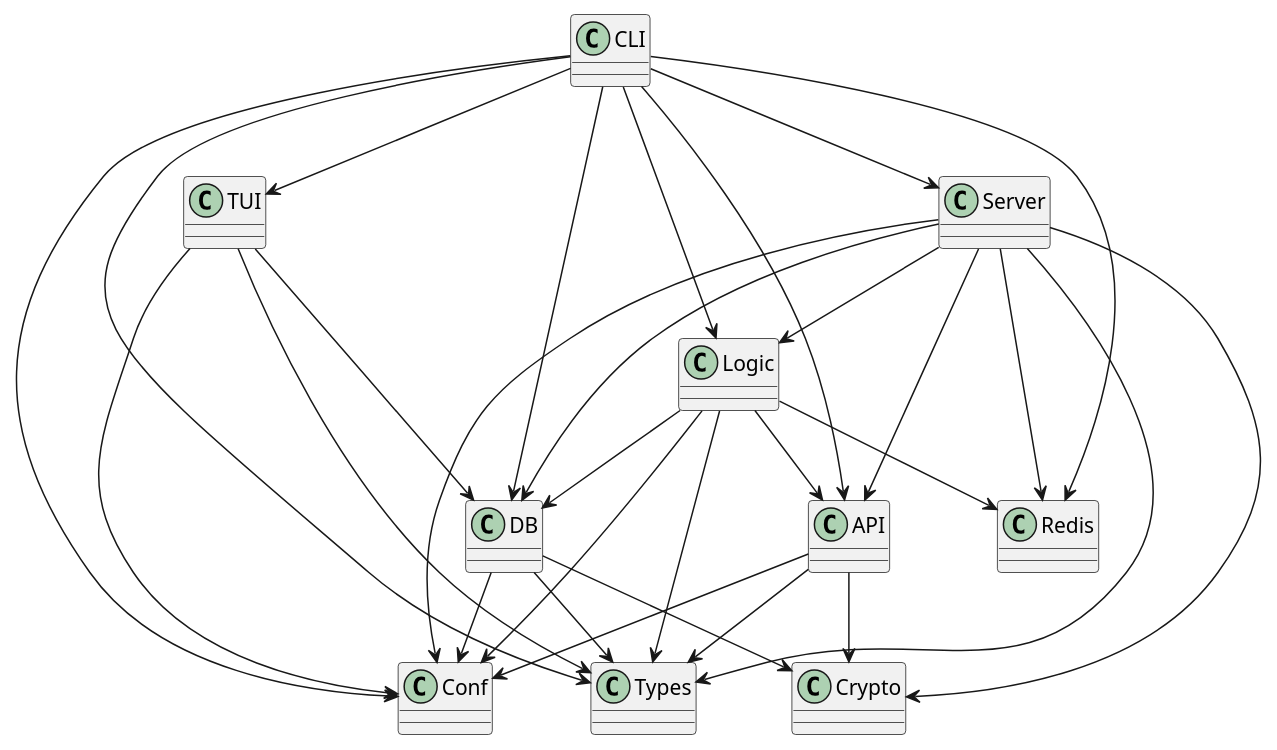
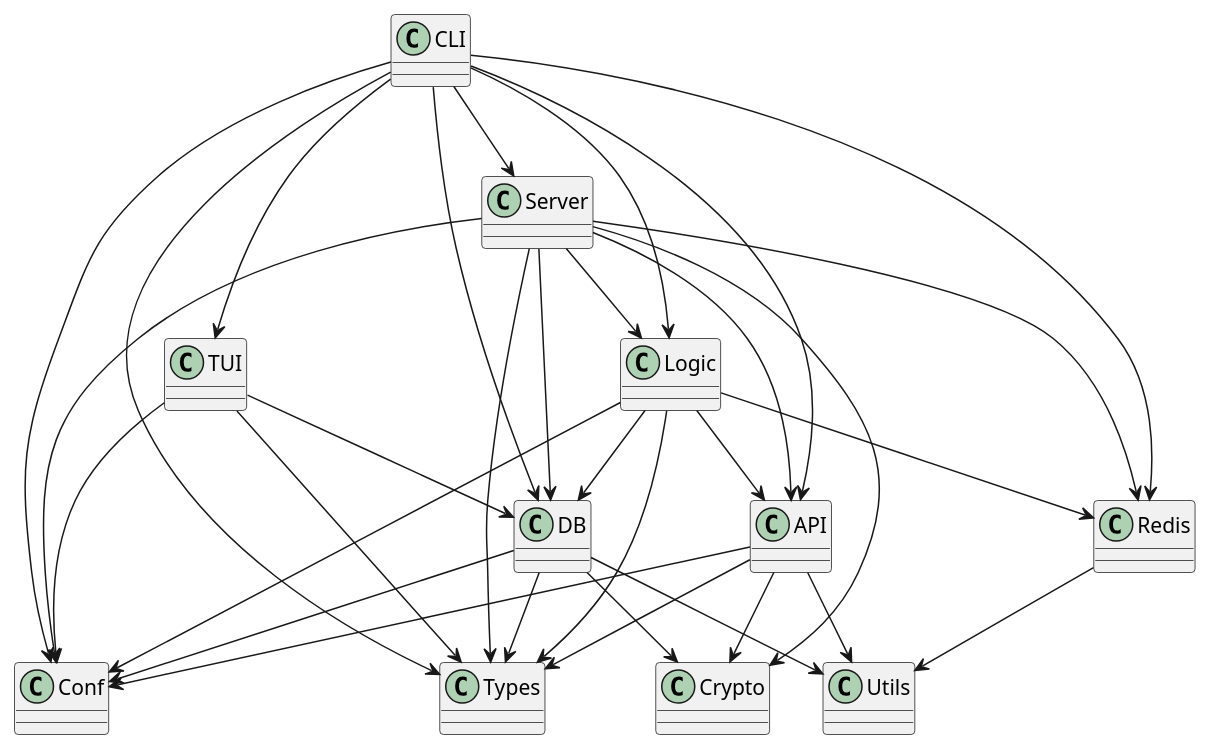
The diagram in docs/crates.plantuml (sharingcloud/github-scbot), drawn with PlantUML before and after one commit. The commit also changed 87 other files, not shown here.

```diff
--- a/docs/crates.plantuml
+++ b/docs/crates.plantuml
@@ -1,48 +1,54 @@
 @startuml Crates dependencies
 
+class API
 class CLI
 class Conf
+class Crypto
 class DB
 class Logic
 class Redis
 class Server
 class TUI
 class Types
-class Crypto
+class Utils
+
+API --> Conf
+API --> Crypto
+API --> Types
+API --> Utils
 
 CLI --> API
 CLI --> Conf
 CLI --> DB
 CLI --> Logic
 CLI --> Server
 CLI --> TUI
+CLI --> Redis
 CLI --> Types
-CLI --> Redis
-
-API --> Conf
-API --> Crypto
-API --> Types
 
 DB --> Conf
 DB --> Crypto
 DB --> Types
+DB --> Utils
 
 Logic --> API
 Logic --> Conf
 Logic --> DB
 Logic --> Types
 Logic --> Redis
 
+Redis --> Utils
+
 Server --> API
 Server --> Conf
 Server --> Crypto
-Server --> Types
 Server --> DB
 Server --> Logic
 Server --> Redis
+Server --> Types
 
 TUI --> Conf
-TUI -> Types
+TUI --> Types
 TUI --> DB
 
 @enduml
```
